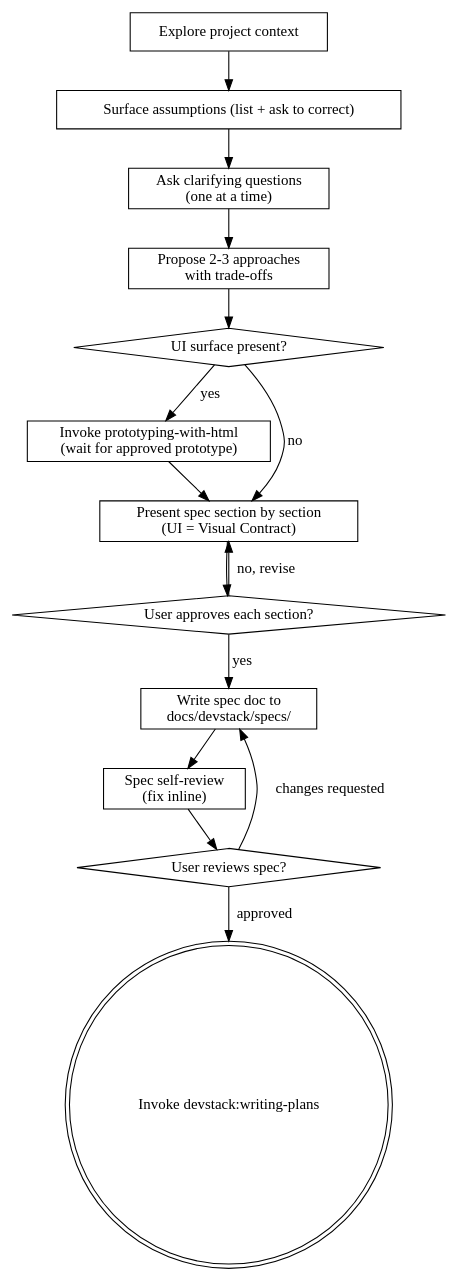
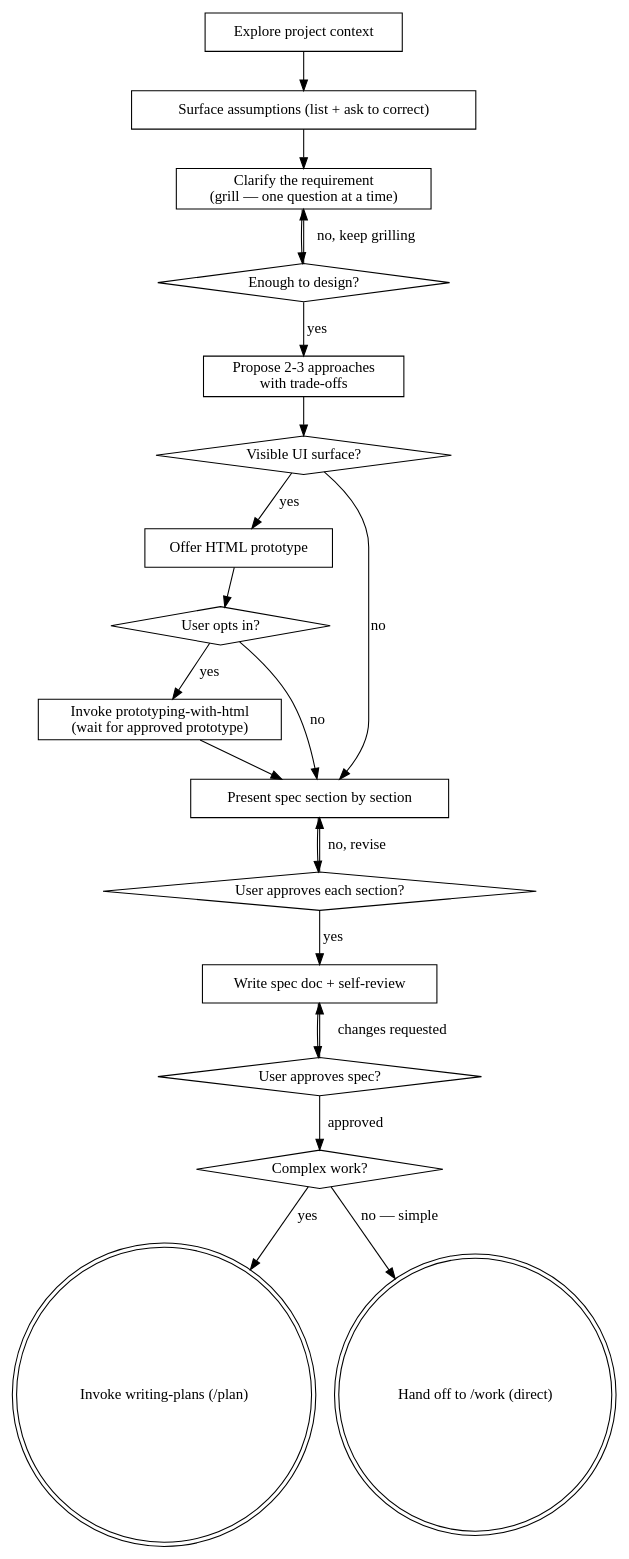
The diagram in skills/brainstorming/SKILL.md (Yanzn/devstack), drawn with Graphviz before and after one commit. The commit also changed other lines of this file and 14 other files, not shown here.

First line of the commit message:
feat(decoupled-flow): /work without a plan + requirement-first brainstorming (v0.13.0)

````diff
--- a/skills/brainstorming/SKILL.md
+++ b/skills/brainstorming/SKILL.md
@@ -60,31 +70,41 @@
 ```dot
 digraph brainstorming {
     "Explore project context" [shape=box];
     "Surface assumptions (list + ask to correct)" [shape=box];
-    "Ask clarifying questions\n(one at a time)" [shape=box];
+    "Clarify the requirement\n(grill — one question at a time)" [shape=box];
+    "Enough to design?" [shape=diamond];
     "Propose 2-3 approaches\nwith trade-offs" [shape=box];
-    "UI surface present?" [shape=diamond];
+    "Visible UI surface?" [shape=diamond];
+    "Offer HTML prototype" [shape=box];
+    "User opts in?" [shape=diamond];
     "Invoke prototyping-with-html\n(wait for approved prototype)" [shape=box];
-    "Present spec section by section\n(UI = Visual Contract)" [shape=box];
+    "Present spec section by section" [shape=box];
     "User approves each section?" [shape=diamond];
-    "Write spec doc to\ndocs/devstack/specs/" [shape=box];
-    "Spec self-review\n(fix inline)" [shape=box];
-    "User reviews spec?" [shape=diamond];
-    "Invoke devstack:writing-plans" [shape=doublecircle];
+    "Write spec doc + self-review" [shape=box];
+    "User approves spec?" [shape=diamond];
+    "Complex work?" [shape=diamond];
+    "Invoke writing-plans (/plan)" [shape=doublecircle];
+    "Hand off to /work (direct)" [shape=doublecircle];
 
     "Explore project context" -> "Surface assumptions (list + ask to correct)";
-    "Surface assumptions (list + ask to correct)" -> "Ask clarifying questions\n(one at a time)";
-    "Ask clarifying questions\n(one at a time)" -> "Propose 2-3 approaches\nwith trade-offs";
-    "Propose 2-3 approaches\nwith trade-offs" -> "UI surface present?";
-    "UI surface present?" -> "Invoke prototyping-with-html\n(wait for approved prototype)" [label="yes"];
-    "UI surface present?" -> "Present spec section by section\n(UI = Visual Contract)" [label="no"];
-    "Invoke prototyping-with-html\n(wait for approved prototype)" -> "Present spec section by section\n(UI = Visual Contract)";
-    "Present spec section by section\n(UI = Visual Contract)" -> "User approves each section?";
-    "User approves each section?" -> "Present spec section by section\n(UI = Visual Contract)" [label="no, revise"];
-    "User approves each section?" -> "Write spec doc to\ndocs/devstack/specs/" [label="yes"];
-    "Write spec doc to\ndocs/devstack/specs/" -> "Spec self-review\n(fix inline)";
-    "Spec self-review\n(fix inline)" -> "User reviews spec?";
-    "User reviews spec?" -> "Write spec doc to\ndocs/devstack/specs/" [label="changes requested"];
-    "User reviews spec?" -> "Invoke devstack:writing-plans" [label="approved"];
+    "Surface assumptions (list + ask to correct)" -> "Clarify the requirement\n(grill — one question at a time)";
+    "Clarify the requirement\n(grill — one question at a time)" -> "Enough to design?";
+    "Enough to design?" -> "Clarify the requirement\n(grill — one question at a time)" [label="no, keep grilling"];
+    "Enough to design?" -> "Propose 2-3 approaches\nwith trade-offs" [label="yes"];
+    "Propose 2-3 approaches\nwith trade-offs" -> "Visible UI surface?";
+    "Visible UI surface?" -> "Offer HTML prototype" [label="yes"];
+    "Visible UI surface?" -> "Present spec section by section" [label="no"];
+    "Offer HTML prototype" -> "User opts in?";
+    "User opts in?" -> "Invoke prototyping-with-html\n(wait for approved prototype)" [label="yes"];
+    "User opts in?" -> "Present spec section by section" [label="no"];
+    "Invoke prototyping-with-html\n(wait for approved prototype)" -> "Present spec section by section";
+    "Present spec section by section" -> "User approves each section?";
+    "User approves each section?" -> "Present spec section by section" [label="no, revise"];
+    "User approves each section?" -> "Write spec doc + self-review" [label="yes"];
+    "Write spec doc + self-review" -> "User approves spec?";
+    "User approves spec?" -> "Write spec doc + self-review" [label="changes requested"];
+    "User approves spec?" -> "Complex work?" [label="approved"];
+    "Complex work?" -> "Invoke writing-plans (/plan)" [label="yes"];
+    "Complex work?" -> "Hand off to /work (direct)" [label="no — simple"];
 }
 ```
````
